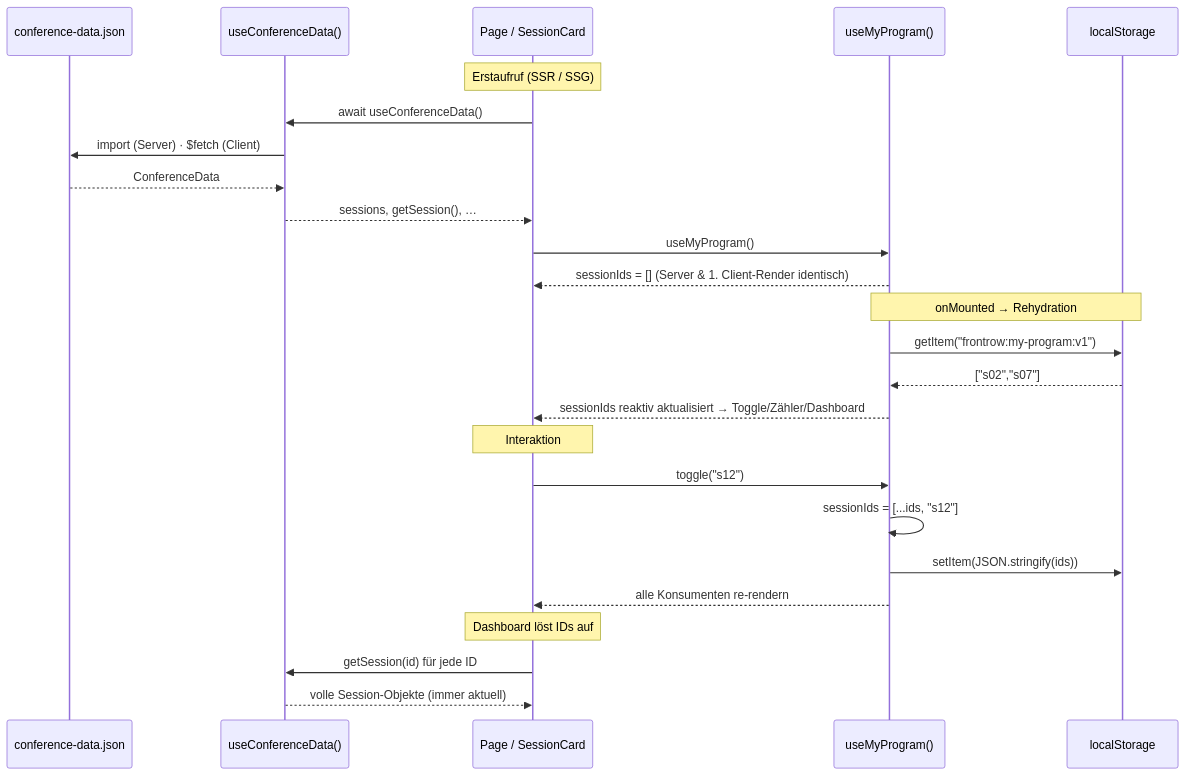
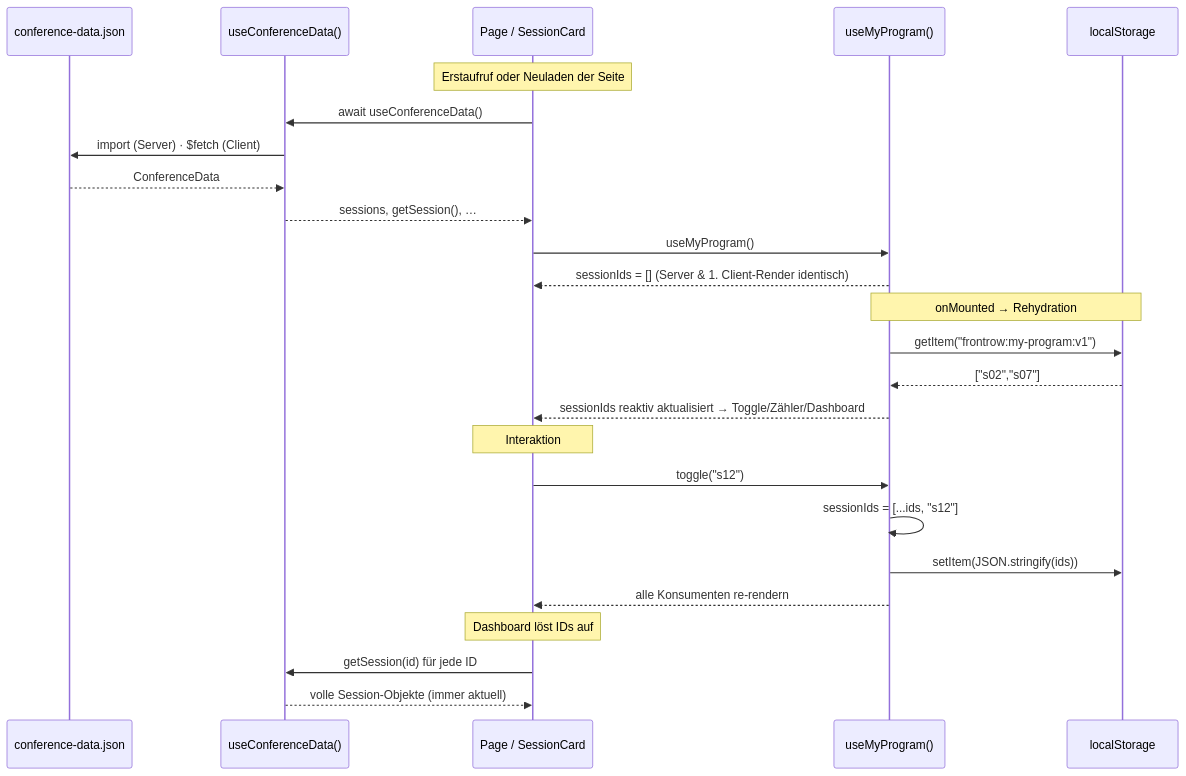
Before and after one commit to iamfynz/nextgenwebfe-frontrow: the diagram in docs/schritt1/03-state-management-konzept.md, drawn with Mermaid. The commit also changed other lines of this file and 4 other files, not shown here.

````diff
--- a/docs/schritt1/03-state-management-konzept.md
+++ b/docs/schritt1/03-state-management-konzept.md
@@ -44,31 +44,31 @@
 ```mermaid
 sequenceDiagram
   participant JSON as conference-data.json
   participant CD as useConferenceData()
   participant Page as Page / SessionCard
   participant MP as useMyProgram()
   participant LS as localStorage
 
-  Note over Page: Erstaufruf (SSR / SSG)
+  Note over Page: Erstaufruf oder Neuladen der Seite
   Page->>CD: await useConferenceData()
   CD->>JSON: import (Server) · $fetch (Client)
   JSON-->>CD: ConferenceData
   CD-->>Page: sessions, getSession(), …
   Page->>MP: useMyProgram()
   MP-->>Page: sessionIds = [] (Server & 1. Client-Render identisch)
 
   Note over MP,LS: onMounted → Rehydration
   MP->>LS: getItem("frontrow:my-program:v1")
   LS-->>MP: ["s02","s07"]
   MP-->>Page: sessionIds reaktiv aktualisiert → Toggle/Zähler/Dashboard
 
   Note over Page: Interaktion
   Page->>MP: toggle("s12")
   MP->>MP: sessionIds = [...ids, "s12"]
   MP->>LS: setItem(JSON.stringify(ids))
   MP-->>Page: alle Konsumenten re-rendern
 
   Note over Page: Dashboard löst IDs auf
   Page->>CD: getSession(id) für jede ID
   CD-->>Page: volle Session-Objekte (immer aktuell)
 ```
````
